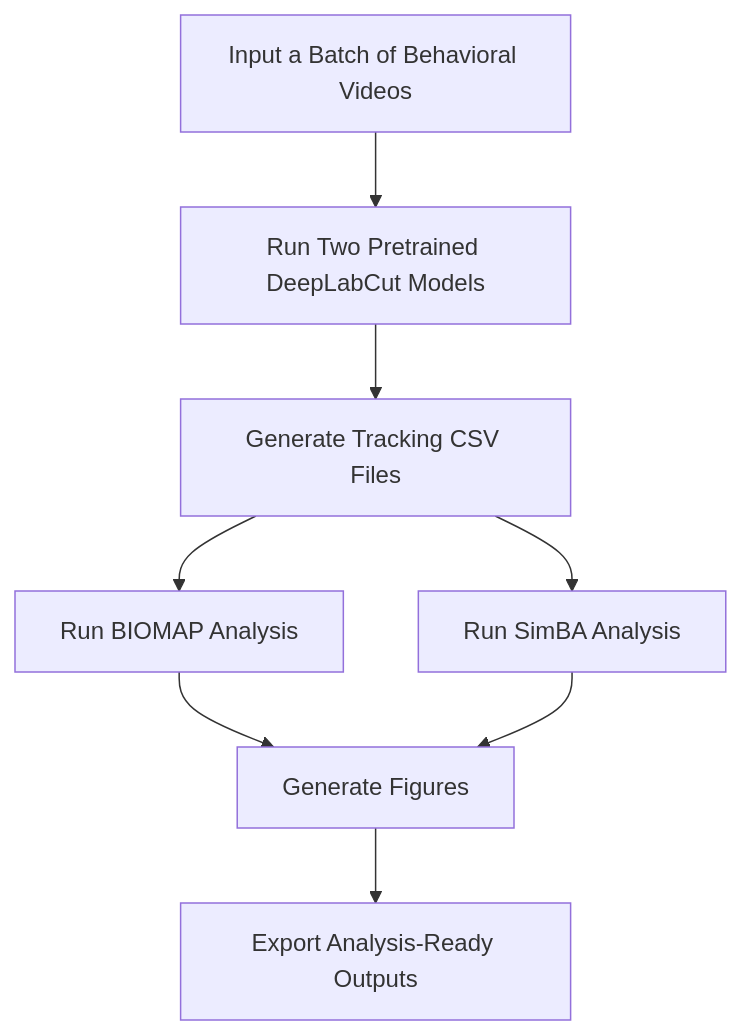
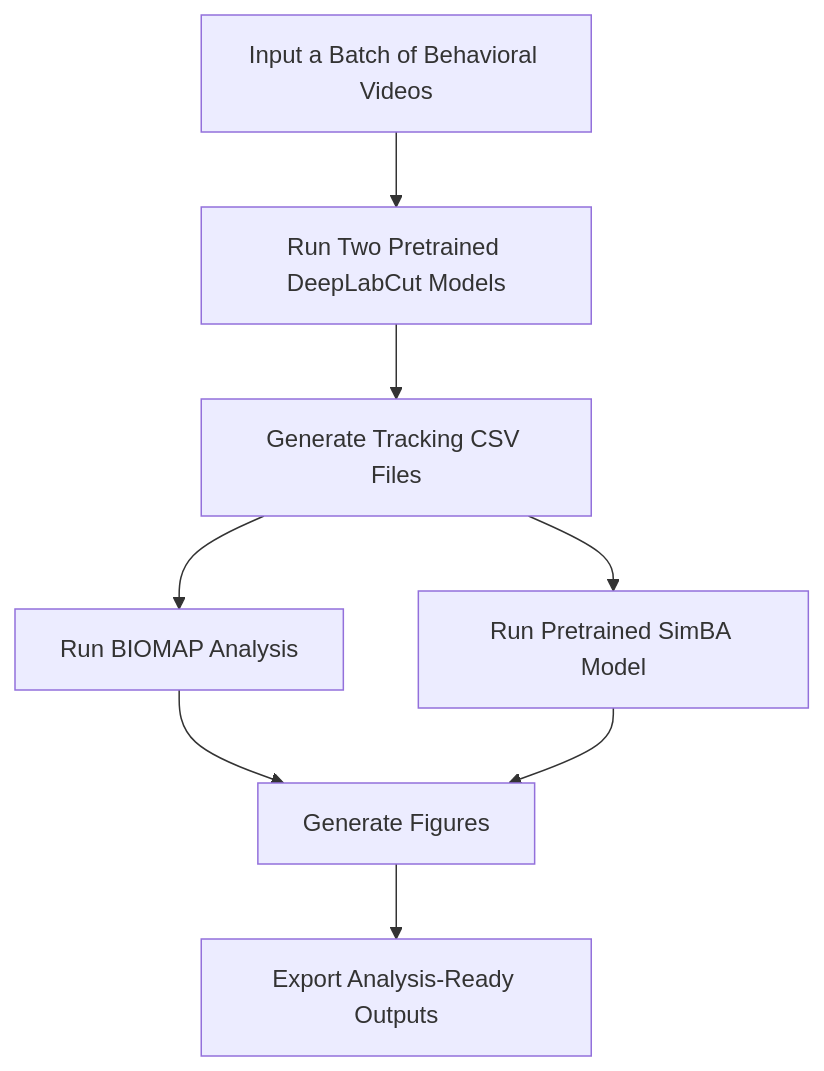
Before and after one commit to amynconner19/teaching-ai-to-read-mouse-behavior: the diagram in docs/PIPELINE_COMPONENTS.md, drawn with Mermaid.

````diff
--- a/docs/PIPELINE_COMPONENTS.md
+++ b/docs/PIPELINE_COMPONENTS.md
@@ -13,18 +13,18 @@
 ```mermaid
 flowchart TD
     A["Input a Batch of Behavioral Videos"]
     B["Run Two Pretrained DeepLabCut Models"]
     C["Generate Tracking CSV Files"]
     D["Run BIOMAP Analysis"]
-    E["Run SimBA Analysis"]
+    E["Run Pretrained SimBA Model"]
     F["Generate Figures"]
     G["Export Analysis-Ready Outputs"]
 
     A --> B
     B --> C
     C --> D
     C --> E
     D --> F
     E --> F
     F --> G
 ```
````
